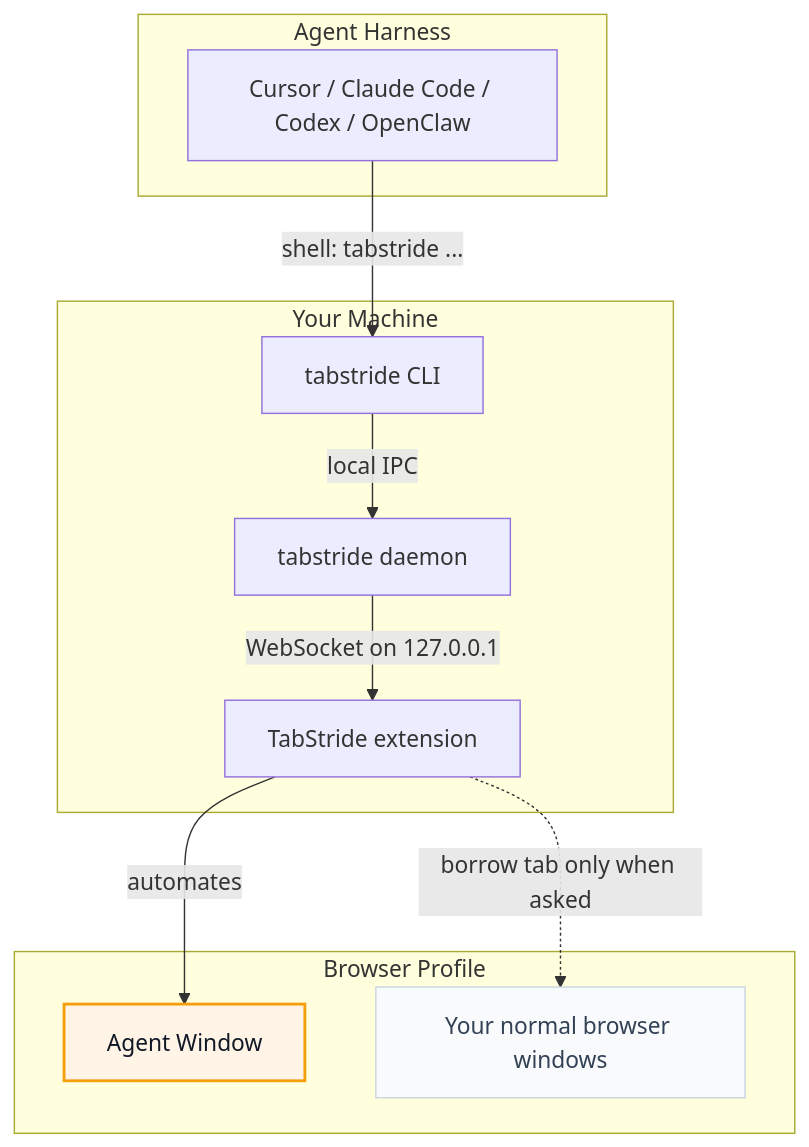
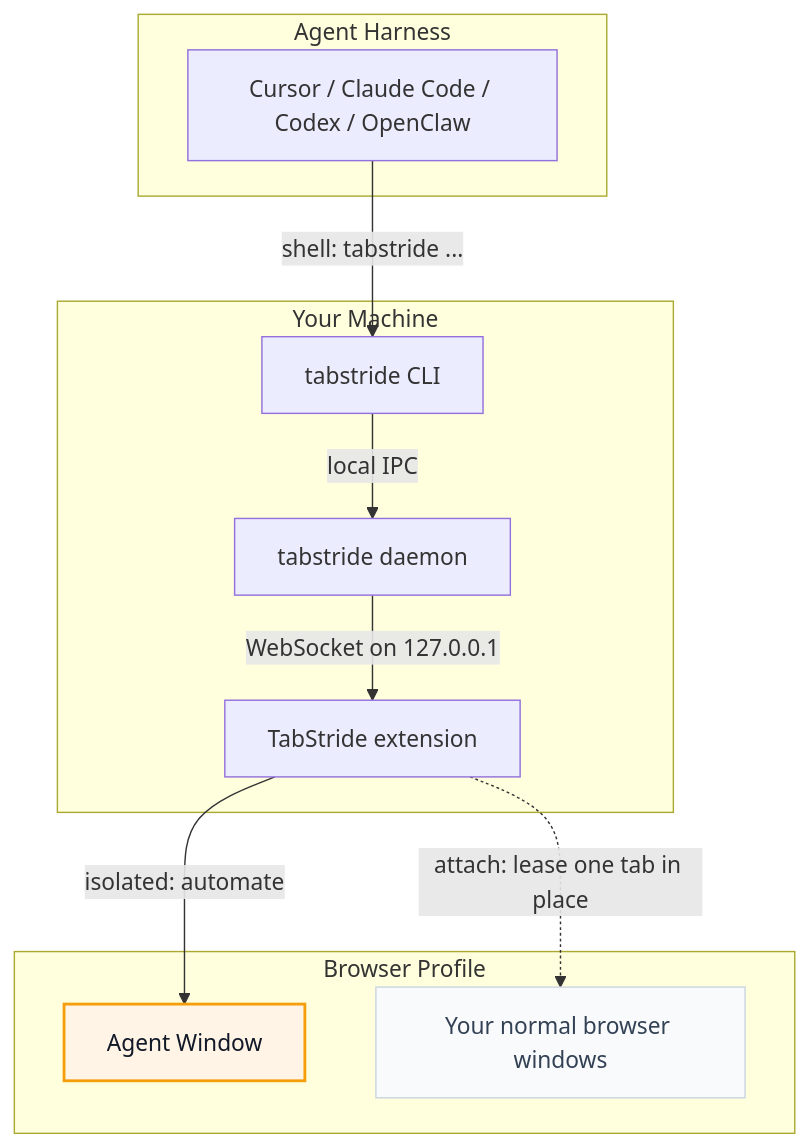
Before and after one commit to SeldomQA/TabStride: the diagram in README.md, drawn with Mermaid. The commit also changed other lines of this file and 1 other file, not shown here.

````diff
--- a/README.md
+++ b/README.md
@@ -167,26 +190,26 @@
 ```mermaid
 flowchart TB
   subgraph Harness["Agent Harness"]
     Agent["Cursor / Claude Code / Codex / OpenClaw"]
   end
 
   subgraph Local["Your Machine"]
     CLI["tabstride CLI"]
     Daemon["tabstride daemon"]
     Extension["TabStride extension"]
   end
 
   subgraph Browser["Browser Profile"]
     AgentWindow["Agent Window"]
     UserWindows["Your normal browser windows"]
   end
 
   Agent -->|"shell: tabstride ..."| CLI
   CLI -->|"local IPC"| Daemon
   Daemon -->|"WebSocket on 127.0.0.1"| Extension
-  Extension -->|"automates"| AgentWindow
-  Extension -.->|"borrow tab only when asked"| UserWindows
+  Extension -->|"isolated: automate"| AgentWindow
+  Extension -.->|"attach: lease one tab in place"| UserWindows
 
   style AgentWindow fill:#fff4e6,stroke:#f59e0b,stroke-width:2px,color:#111827
   style UserWindows fill:#f8fafc,stroke:#cbd5e1,color:#334155
 ```
````
